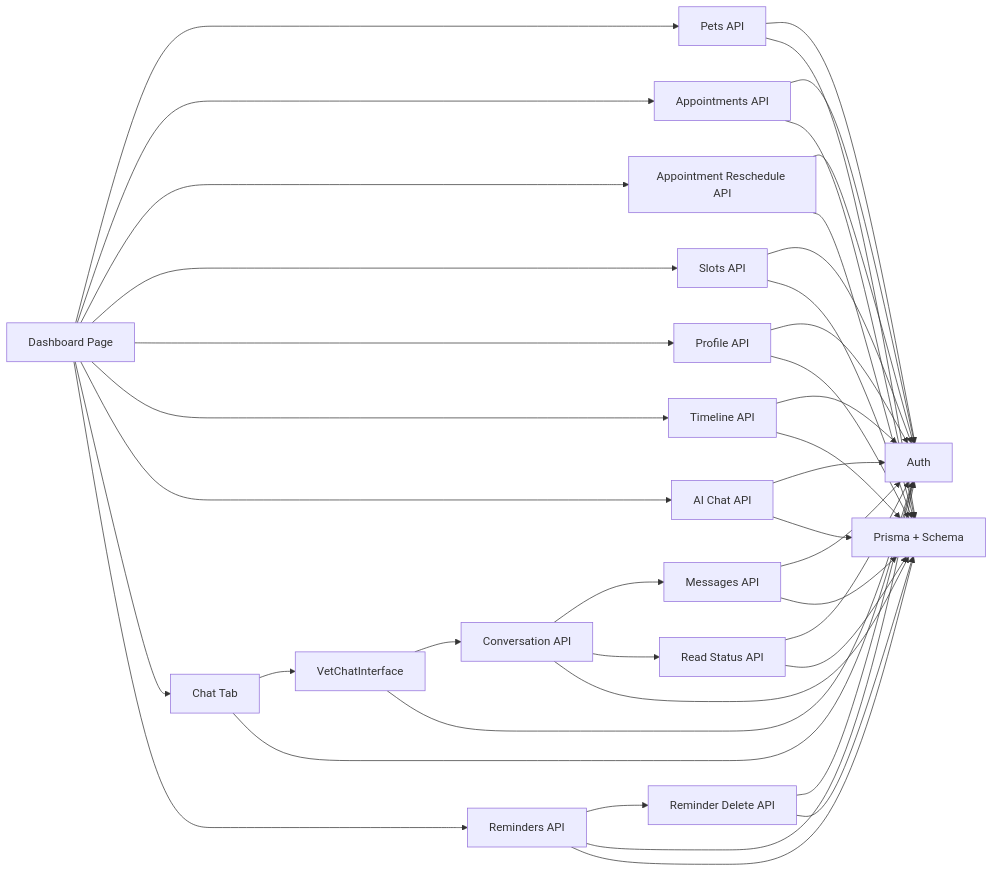
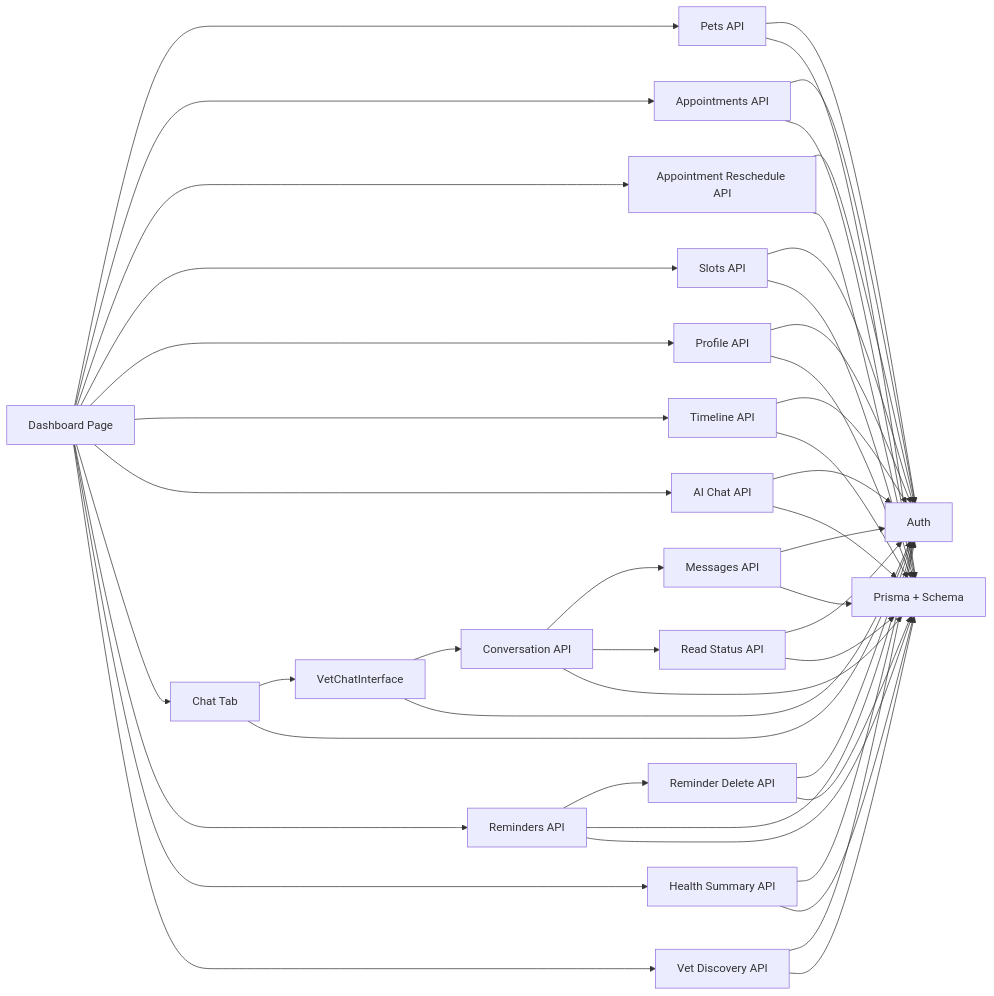
One commit to Javeria-Javaid/ai-powered-pet-healthcare-ecosystem changed the third of 3 diagrams in .qoder/repowiki/en/content/User Dashboards/Pet Owner Dashboard.md. Above: the diagram before and after it, drawn with Mermaid. The commit also changed other lines of this file and 53 other files, not shown here.

````diff
--- a/.qoder/repowiki/en/content/User Dashboards/Pet Owner Dashboard.md
+++ b/.qoder/repowiki/en/content/User Dashboards/Pet Owner Dashboard.md
@@ -410,42 +498,48 @@
 ```mermaid
 graph LR
 D["Dashboard Page"] --> P["Pets API"]
 D --> A["Appointments API"]
 D --> AR["Appointment Reschedule API"]
 D --> AS["Slots API"]
 D --> R["Profile API"]
 D --> T["Timeline API"]
 D --> C["AI Chat API"]
 D --> CH["Chat Tab"]
 D --> RM["Reminders API"]
+D --> HS["Health Summary API"]
+D --> VD["Vet Discovery API"]
 CH --> VCI["VetChatInterface"]
 VCI --> CA["Conversation API"]
 CA --> M["Messages API"]
 CA --> RD["Read Status API"]
 RM --> RMD["Reminder Delete API"]
 P --> AUTH["Auth"]
 A --> AUTH
 AR --> AUTH
 AS --> AUTH
 R --> AUTH
 T --> AUTH
 C --> AUTH
 CH --> AUTH
 VCI --> AUTH
 M --> AUTH
 RD --> AUTH
 RM --> AUTH
 RMD --> AUTH
+HS --> AUTH
+VD --> AUTH
 P --> DB["Prisma + Schema"]
 A --> DB
 AR --> DB
 AS --> DB
 R --> DB
 T --> DB
 C --> DB
 CA --> DB
 M --> DB
 RD --> DB
 RM --> DB
 RMD --> DB
+HS --> DB
+VD --> DB
 ```
````
